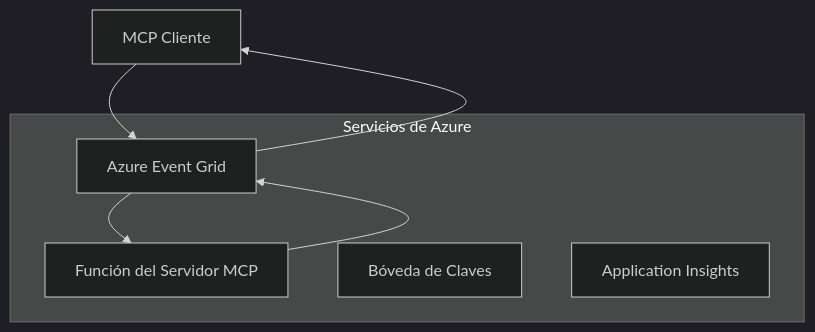
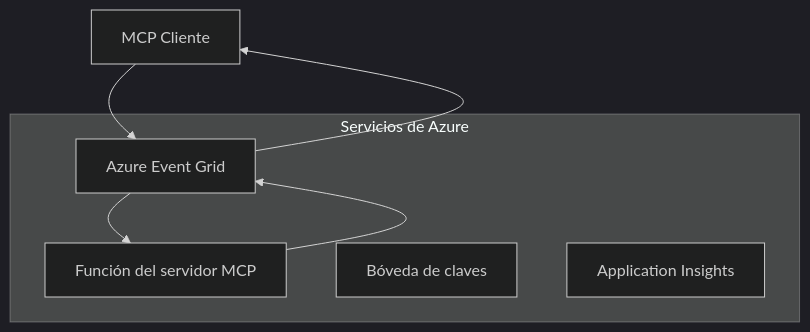
Before and after one commit to HIDORAKAI002/ai-workspace-archive: the first of 2 diagrams in mcp_ecosystem__model_context_protocol/mcp_learning_resources/mcp-for-beginners/translations/es/05-AdvancedTopics/mcp-transport/README.md, drawn with Mermaid (dark theme). The commit also changed other lines of this file and 1539 other files, not shown here.

````diff
--- a/mcp_ecosystem__model_context_protocol/mcp_learning_resources/mcp-for-beginners/translations/es/05-AdvancedTopics/mcp-transport/README.md
+++ b/mcp_ecosystem__model_context_protocol/mcp_learning_resources/mcp-for-beginners/translations/es/05-AdvancedTopics/mcp-transport/README.md
@@ -58,14 +58,14 @@
 ```mermaid
 graph TB
     Client[MCP Cliente] --> EG[Azure Event Grid]
-    EG --> Server[Función del Servidor MCP]
+    EG --> Server[Función del servidor MCP]
     Server --> EG
     EG --> Client
     
     subgraph "Servicios de Azure"
         EG
         Server
-        KV[Bóveda de Claves]
+        KV[Bóveda de claves]
         Monitor[Application Insights]
     end
 ```
````
